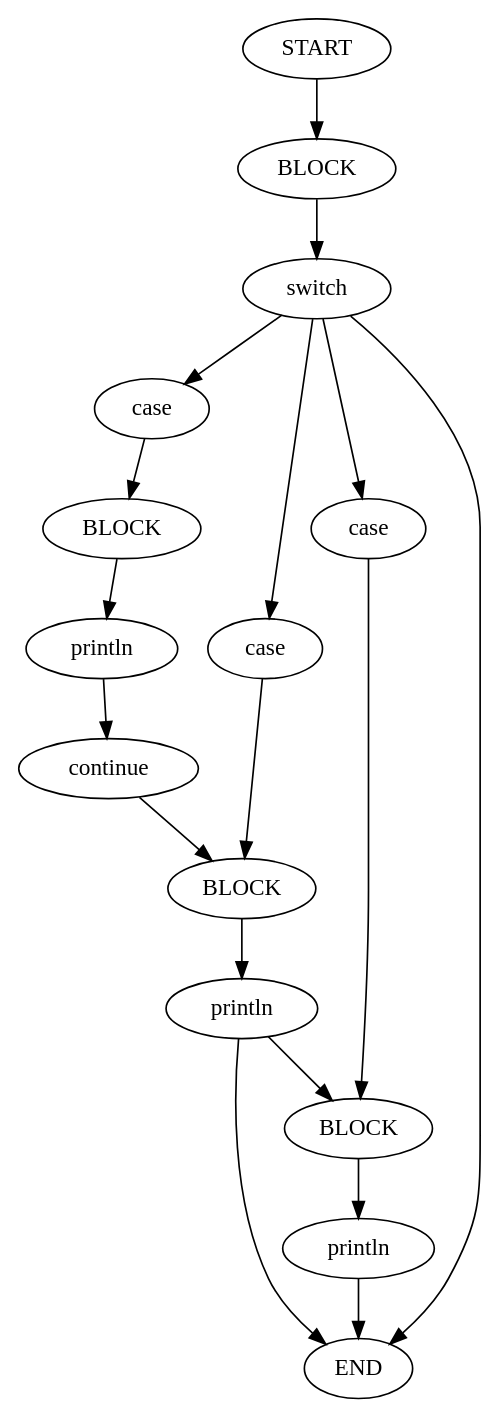
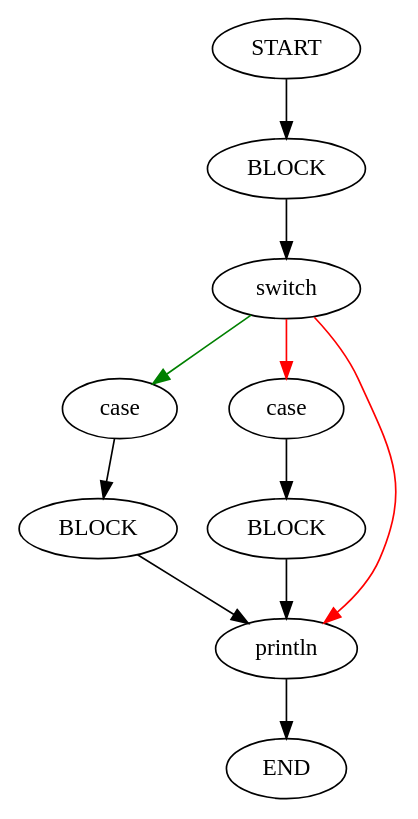
The diagram in figures/branchtest/switch1.dot (thomasw234/tww503_pwe), drawn with Graphviz before and after one commit. The commit also changed 66 other files, not shown here.

```diff
--- a/figures/branchtest/switch1.dot
+++ b/figures/branchtest/switch1.dot
@@ -1,50 +1,31 @@
 digraph testGraph {
-2[label=" START"]
-5[label="BLOCK"]
-2 -> 5[color=black]
-5[label=" BLOCK"]
-11[label="switch"]
-5 -> 11[color=black]
-11[label=" switch"]
-12[label="case"]
-11 -> 12[color=black]
-20[label="case"]
-11 -> 20[color=black]
-27[label="case"]
-11 -> 27[color=black]
-3[label="END"]
-11 -> 3[color=black]
-12[label=" case"]
-14[label="BLOCK"]
-12 -> 14[color=black]
-20[label=" case"]
-22[label="BLOCK"]
-20 -> 22[color=black]
-27[label=" case"]
-29[label="BLOCK"]
-27 -> 29[color=black]
-3[label=" END"]
-14[label=" BLOCK"]
-17[label="println"]
-14 -> 17[color=black]
-22[label=" BLOCK"]
-25[label="println"]
-22 -> 25[color=black]
-29[label=" BLOCK"]
-32[label="println"]
-29 -> 32[color=black]
-17[label=" println"]
-19[label="continue"]
-17 -> 19[color=black]
-25[label=" println"]
-29[label="BLOCK"]
-25 -> 29[color=black]
-3[label="END"]
-25 -> 3[color=black]
-32[label=" println"]
-3[label="END"]
-32 -> 3[color=black]
-19[label=" continue"]
-22[label="BLOCK"]
-19 -> 22[color=black]
+0[label=" START"]
+3[label="BLOCK"]
+0 -> 3[color=black]
+3[label=" BLOCK"]
+9[label="switch"]
+3 -> 9[color=black]
+9[label=" switch"]
+10[label="case"]
+9 -> 10[color=green]
+14[label="case"]
+9 -> 14[color=red]
+22[label="println"]
+9 -> 22[color=red]
+10[label=" case"]
+12[label="BLOCK"]
+10 -> 12[color=black]
+14[label=" case"]
+16[label="BLOCK"]
+14 -> 16[color=black]
+22[label=" println"]
+1[label="END"]
+22 -> 1[color=black]
+12[label=" BLOCK"]
+22[label="println"]
+12 -> 22[color=black]
+16[label=" BLOCK"]
+22[label="println"]
+16 -> 22[color=black]
+1[label=" END"]
 }
```
